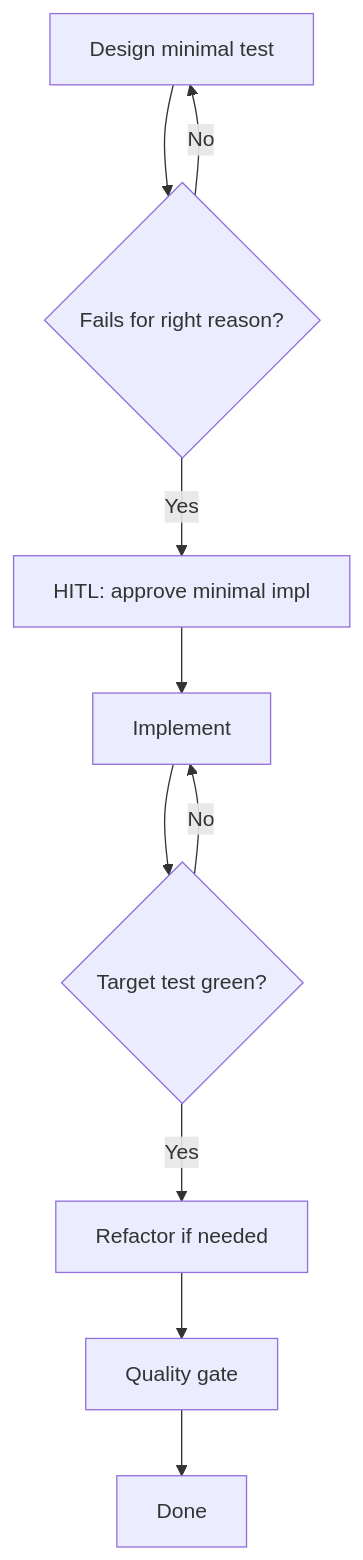
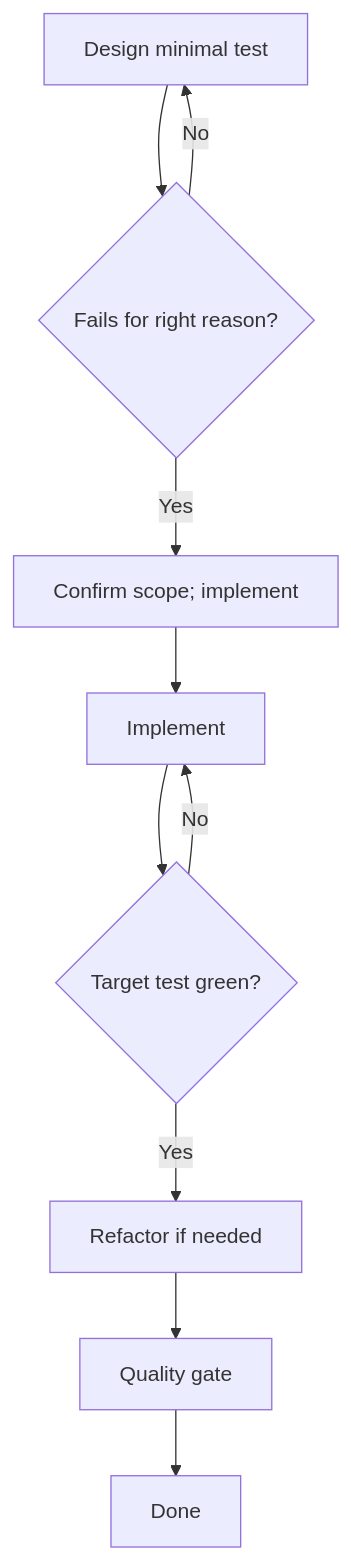
Before and after one commit to igmarin/elixir-phoenix-skills: the diagram in skills/tdd/SKILL.md, drawn with Mermaid. The commit also changed other lines of this file and 17 other files, not shown here.

````diff
--- a/skills/tdd/SKILL.md
+++ b/skills/tdd/SKILL.md
@@ -50,12 +50,12 @@
 ```mermaid
 flowchart TD
   A[Design minimal test] --> B{Fails for right reason?}
   B -->|No| A
-  B -->|Yes| C[HITL: approve minimal impl]
+  B -->|Yes| C[Confirm scope; implement]
   C --> D[Implement]
   D --> E{Target test green?}
   E -->|No| D
   E -->|Yes| F[Refactor if needed]
   F --> G[Quality gate]
   G --> H[Done]
 ```
````
